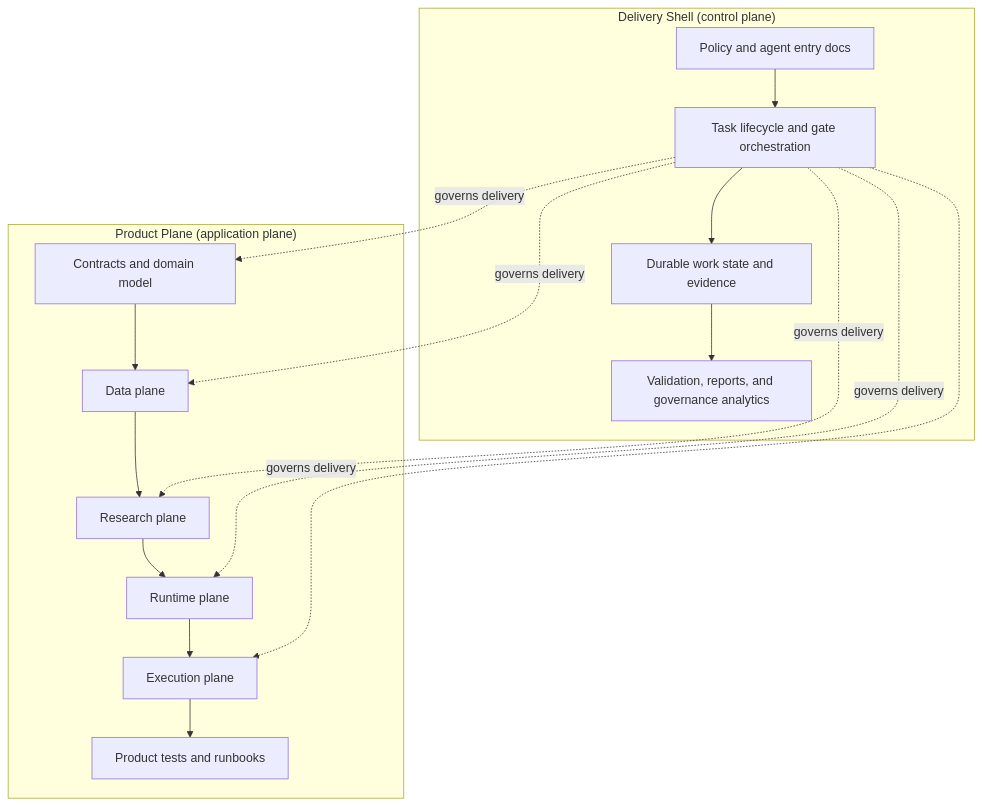
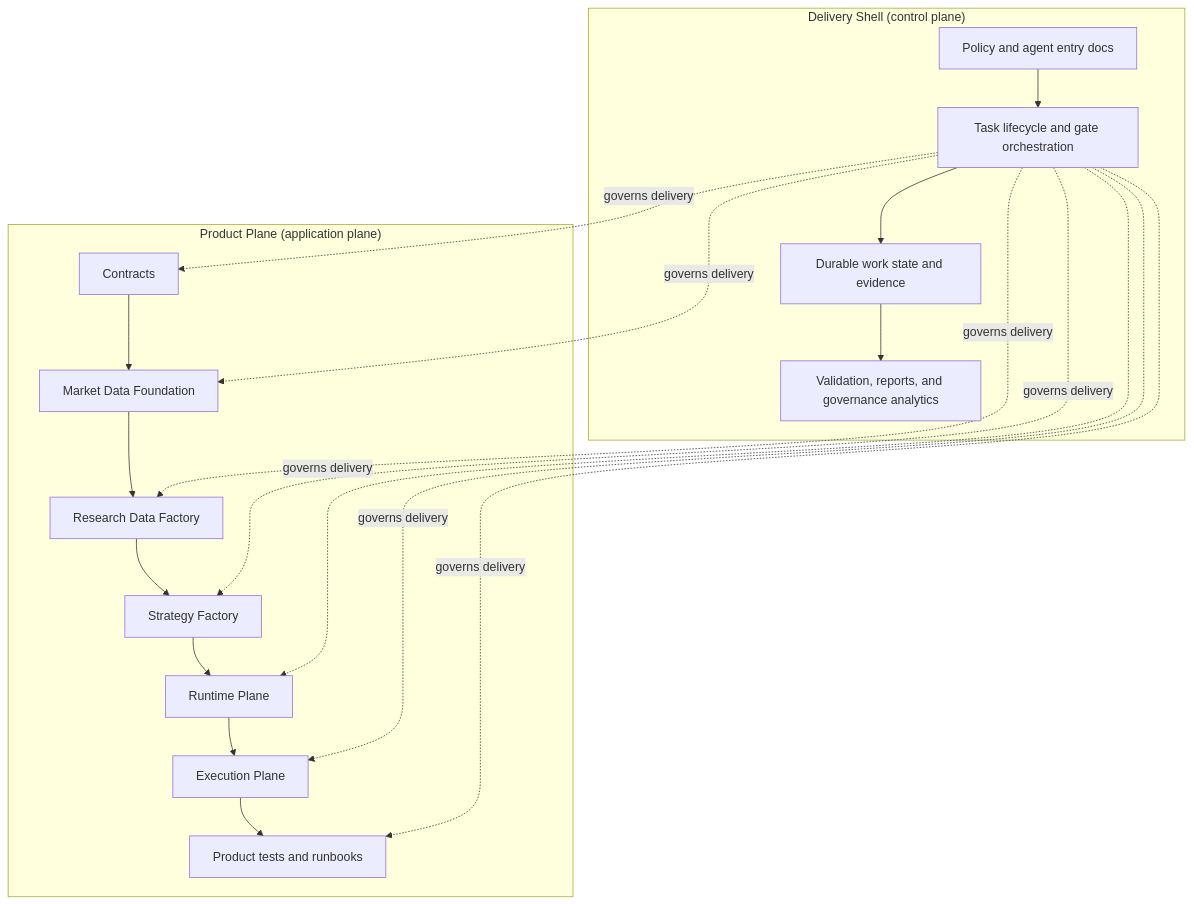
The first of 2 diagrams in docs/architecture/trading-advisor-3000.md (deusexrenovatio-arch/trading-advisor-3000), drawn with Mermaid before and after one commit. The commit also changed other lines of this file and 10 other files, not shown here.

Commit message:
docs(architecture): define product-plane modular structure

````diff
--- a/docs/architecture/trading-advisor-3000.md
+++ b/docs/architecture/trading-advisor-3000.md
@@ -14,26 +14,29 @@
 ```mermaid
 flowchart TB
     subgraph SH["Delivery Shell (control plane)"]
         SH1["Policy and agent entry docs"]
         SH2["Task lifecycle and gate orchestration"]
         SH3["Durable work state and evidence"]
         SH4["Validation, reports, and governance analytics"]
         SH1 --> SH2 --> SH3 --> SH4
     end
 
     subgraph PP["Product Plane (application plane)"]
-        PP1["Contracts and domain model"]
-        PP2["Data plane"]
-        PP3["Research plane"]
-        PP4["Runtime plane"]
-        PP5["Execution plane"]
-        PP6["Product tests and runbooks"]
-        PP1 --> PP2 --> PP3 --> PP4 --> PP5 --> PP6
+        PP1["Contracts"]
+        PP2["Market Data Foundation"]
+        PP3["Research Data Factory"]
+        PP4["Strategy Factory"]
+        PP5["Runtime Plane"]
+        PP6["Execution Plane"]
+        PP7["Product tests and runbooks"]
+        PP1 --> PP2 --> PP3 --> PP4 --> PP5 --> PP6 --> PP7
     end
 
     SH2 -. governs delivery .-> PP1
     SH2 -. governs delivery .-> PP2
     SH2 -. governs delivery .-> PP3
     SH2 -. governs delivery .-> PP4
     SH2 -. governs delivery .-> PP5
+    SH2 -. governs delivery .-> PP6
+    SH2 -. governs delivery .-> PP7
 ```
````
